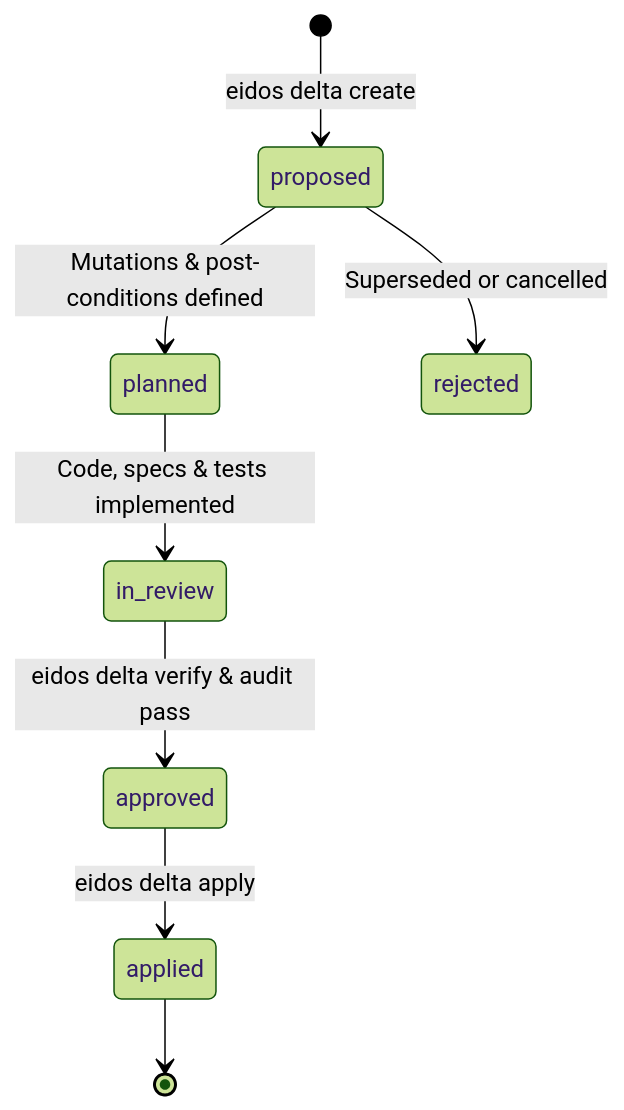
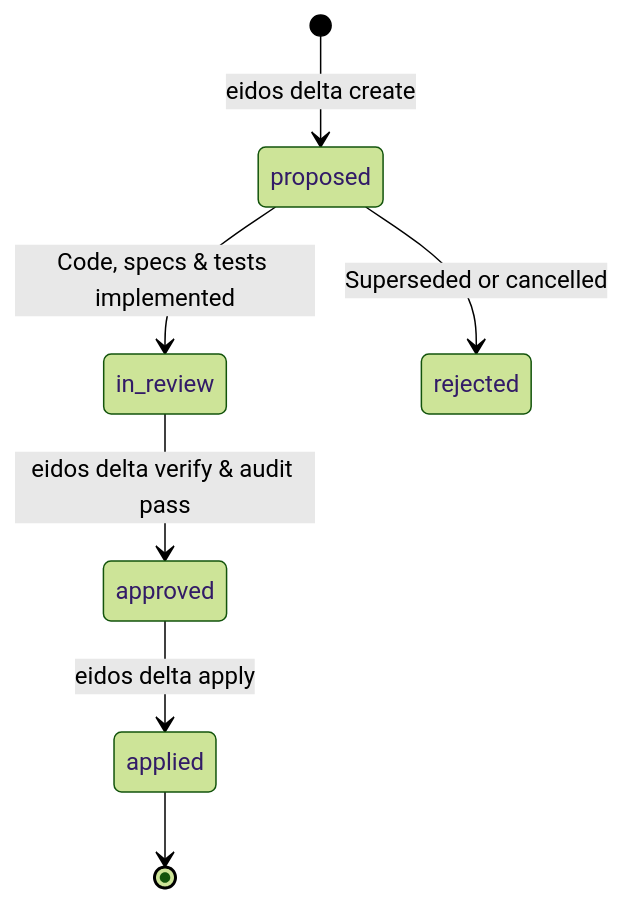
The diagram in docs/concepts/specdeltas.md (mchawa/eidos), drawn with Mermaid (forest theme) before and after one commit. The commit also changed other lines of this file and 114 other files, not shown here.

Commit message:
refactor(schemas,core,index,vcs,cli,portal,docs): harmonize and canonicalize all v1 specification schemas without legacy aliases (DLT-2026-091)

````diff
--- a/docs/concepts/specdeltas.md
+++ b/docs/concepts/specdeltas.md
@@ -22,10 +22,9 @@
 ```mermaid
 stateDiagram-v2
     [*] --> proposed: eidos delta create
-    proposed --> planned: Mutations & post-conditions defined
-    planned --> in_review: Code, specs & tests implemented
+    proposed --> in_review: Code, specs & tests implemented
     in_review --> approved: eidos delta verify & audit pass
     approved --> applied: eidos delta apply
     proposed --> rejected: Superseded or cancelled
     applied --> [*]
 ```
````
